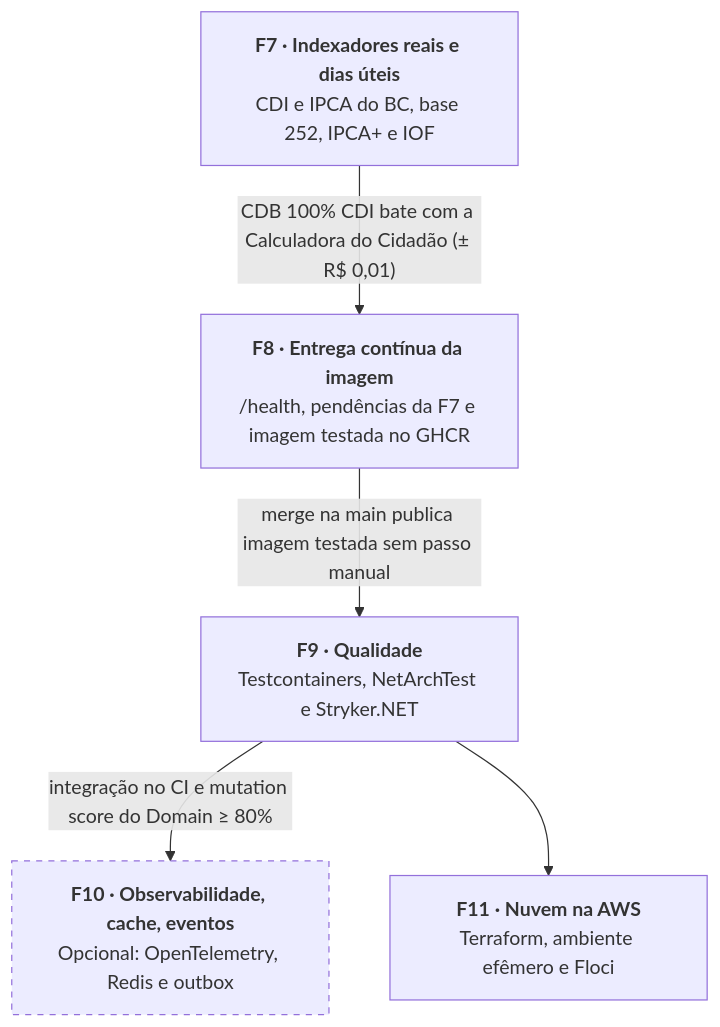
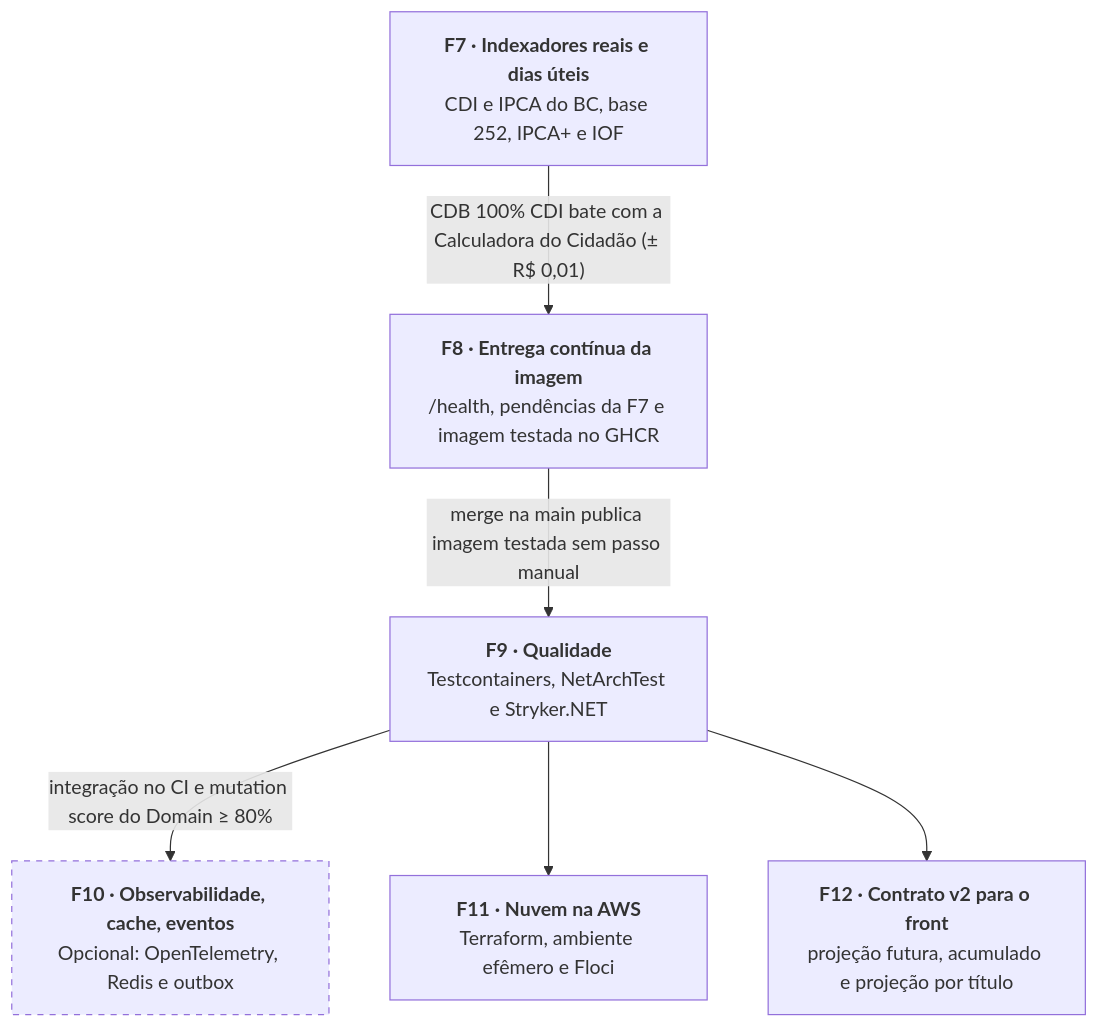
Before and after one commit to matheuscardosolazzarini/renda-fixa-api: the diagram in docs/ROADMAP.md, drawn with Mermaid. The commit also changed other lines of this file and 52 other files, not shown here.

First line of the commit message:
F12: contrato v2 para o front (projeção futura, acumulado e projeção por título)

````diff
--- a/docs/ROADMAP.md
+++ b/docs/ROADMAP.md
@@ -31,13 +31,15 @@
 ```mermaid
 flowchart TD
     F7["<b>F7 · Indexadores reais e dias úteis</b><br/>CDI e IPCA do BC, base 252, IPCA+ e IOF"]
     F8["<b>F8 · Entrega contínua da imagem</b><br/>/health, pendências da F7 e imagem testada no GHCR"]
     F9["<b>F9 · Qualidade</b><br/>Testcontainers, NetArchTest e Stryker.NET"]
     F10["<b>F10 · Observabilidade, cache, eventos</b><br/>Opcional: OpenTelemetry, Redis e outbox"]
     F11["<b>F11 · Nuvem na AWS</b><br/>Terraform, ambiente efêmero e Floci"]
+    F12["<b>F12 · Contrato v2 para o front</b><br/>projeção futura, acumulado e projeção por título"]
     F7 -- "CDB 100% CDI bate com a Calculadora do Cidadão (± R$ 0,01)" --> F8
     F8 -- "merge na main publica imagem testada sem passo manual" --> F9
     F9 -- "integração no CI e mutation score do Domain ≥ 80%" --> F10
     F9 --> F11
+    F9 --> F12
     style F10 stroke-dasharray: 5 5
 ```
````
